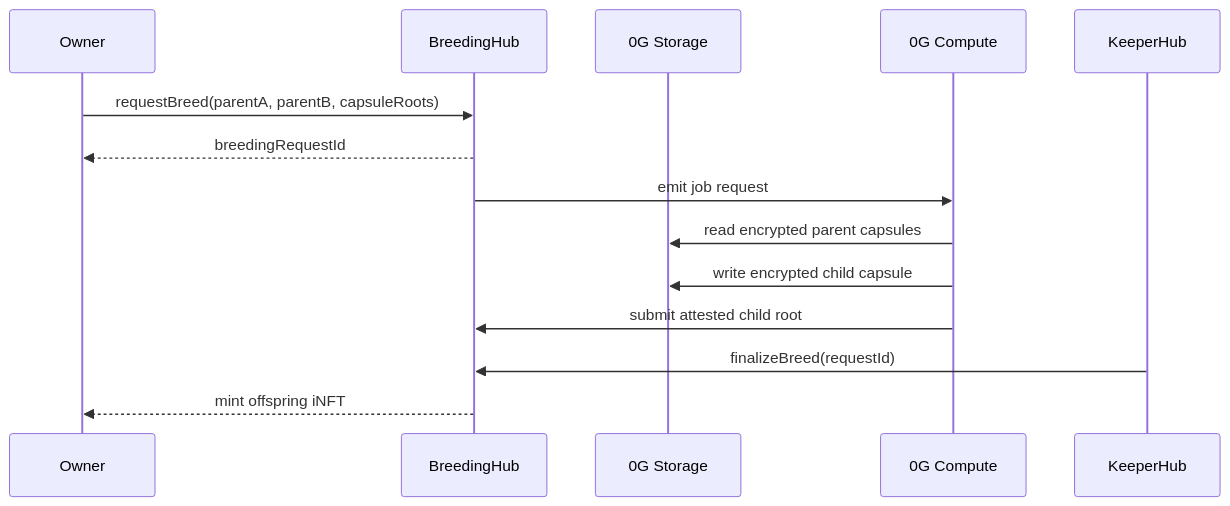
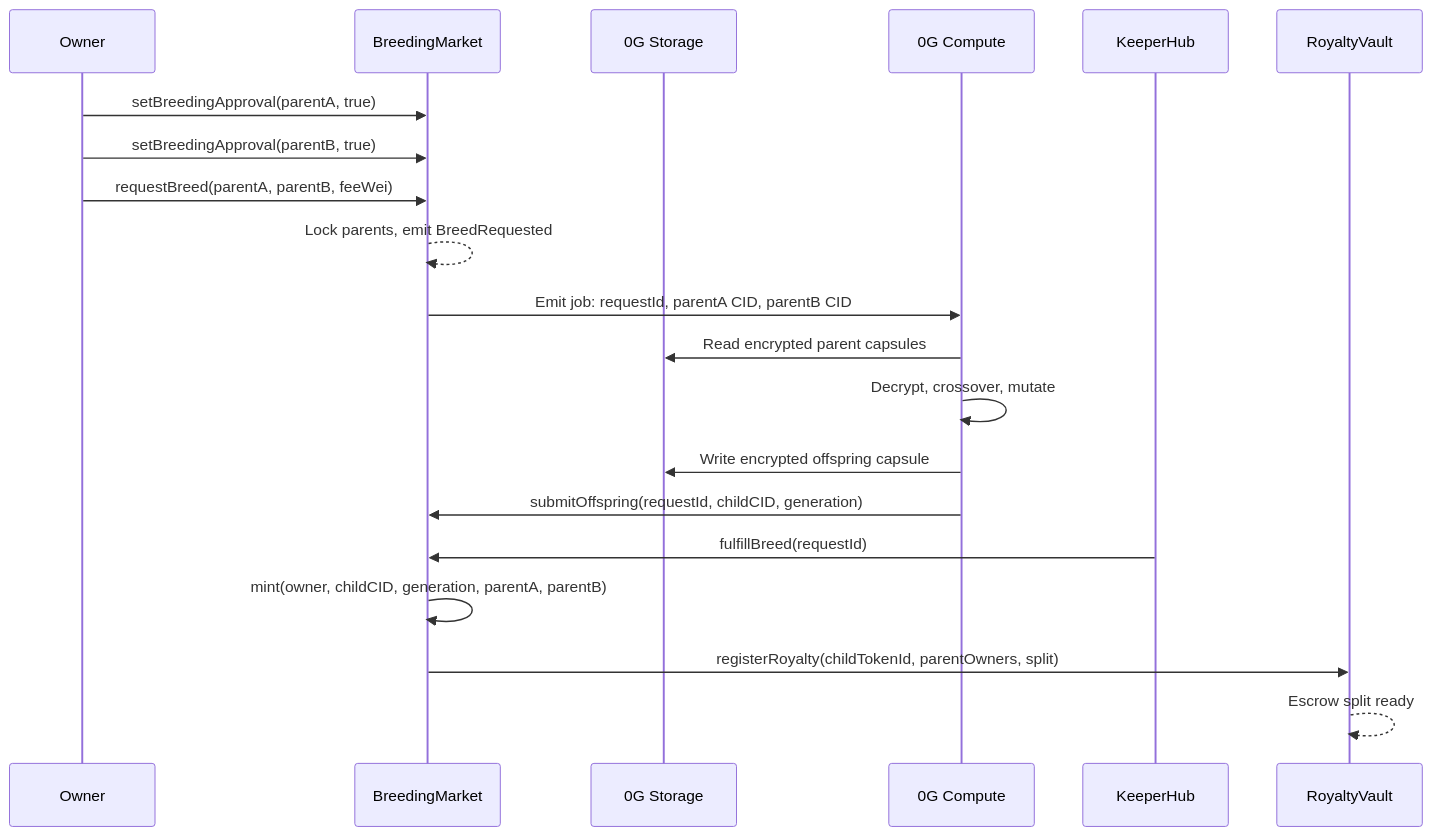
The third of 4 diagrams in ARCHITECTURE.md (kamalbuilds/agentforge), drawn with Mermaid before and after one commit. The commit also changed other lines of this file and 2 other files, not shown here.

First line of the commit message:
docs(architecture): full contract and protocol design - sequence diagrams, gas profiles, ERC-7857 compliance

````diff
--- a/ARCHITECTURE.md
+++ b/ARCHITECTURE.md
@@ -55,17 +116,22 @@
 ```mermaid
 sequenceDiagram
   participant Owner
-  participant Hub as BreedingHub
+  participant Chain as BreedingMarket
   participant Storage as 0G Storage
   participant Compute as 0G Compute
   participant Keeper as KeeperHub
 
-  Owner->>Hub: requestBreed(parentA, parentB, capsuleRoots)
-  Hub-->>Owner: breedingRequestId
-  Hub->>Compute: emit job request
-  Compute->>Storage: read encrypted parent capsules
-  Compute->>Storage: write encrypted child capsule
-  Compute->>Hub: submit attested child root
-  Keeper->>Hub: finalizeBreed(requestId)
-  Hub-->>Owner: mint offspring iNFT
+  Owner->>Chain: setBreedingApproval(parentA, true)
+  Owner->>Chain: setBreedingApproval(parentB, true)
+  Owner->>Chain: requestBreed(parentA, parentB, feeWei)
+  Chain-->>Chain: Lock parents, emit BreedRequested
+  Chain->>Compute: Emit job: requestId, parentA CID, parentB CID
+  Compute->>Storage: Read encrypted parent capsules
+  Compute->>Compute: Decrypt, crossover, mutate
+  Compute->>Storage: Write encrypted offspring capsule
+  Compute->>Chain: submitOffspring(requestId, childCID, generation)
+  Keeper->>Chain: fulfillBreed(requestId)
+  Chain->>Chain: mint(owner, childCID, generation, parentA, parentB)
+  Chain->>RoyaltyVault: registerRoyalty(childTokenId, parentOwners, split)
+  RoyaltyVault-->>RoyaltyVault: Escrow split ready
 ```
````
